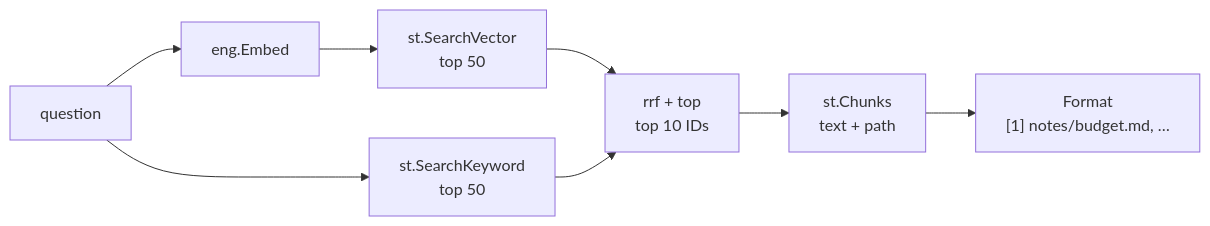
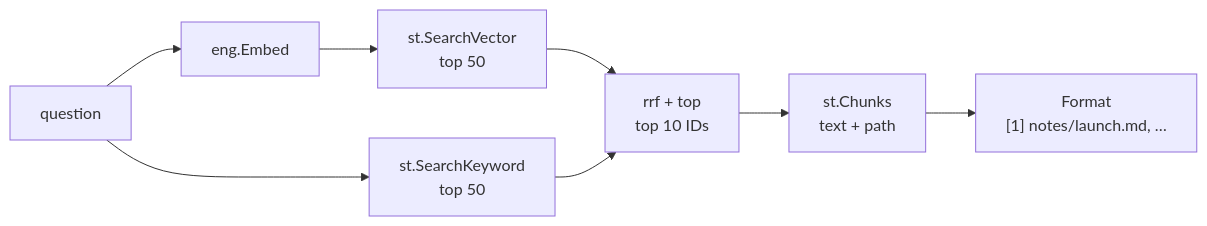
One commit to aarora79/meru changed the diagram in docs/coding-notes/retrieve.md. Above: the diagram before and after it, drawn with Mermaid. The commit also changed other lines of this file and 132 other files, not shown here.

````diff
--- a/docs/coding-notes/retrieve.md
+++ b/docs/coding-notes/retrieve.md
@@ -28,10 +29,10 @@
 ```mermaid
 flowchart LR
     Q["question"] --> E["eng.Embed"]
     E --> V["st.SearchVector<br/>top 50"]
     Q --> K["st.SearchKeyword<br/>top 50"]
     V --> R["rrf + top<br/>top 10 IDs"]
     K --> R
     R --> C["st.Chunks<br/>text + path"]
-    C --> F["Format<br/>[1] notes/budget.md, …"]
+    C --> F["Format<br/>[1] notes/launch.md, …"]
 ```
````
